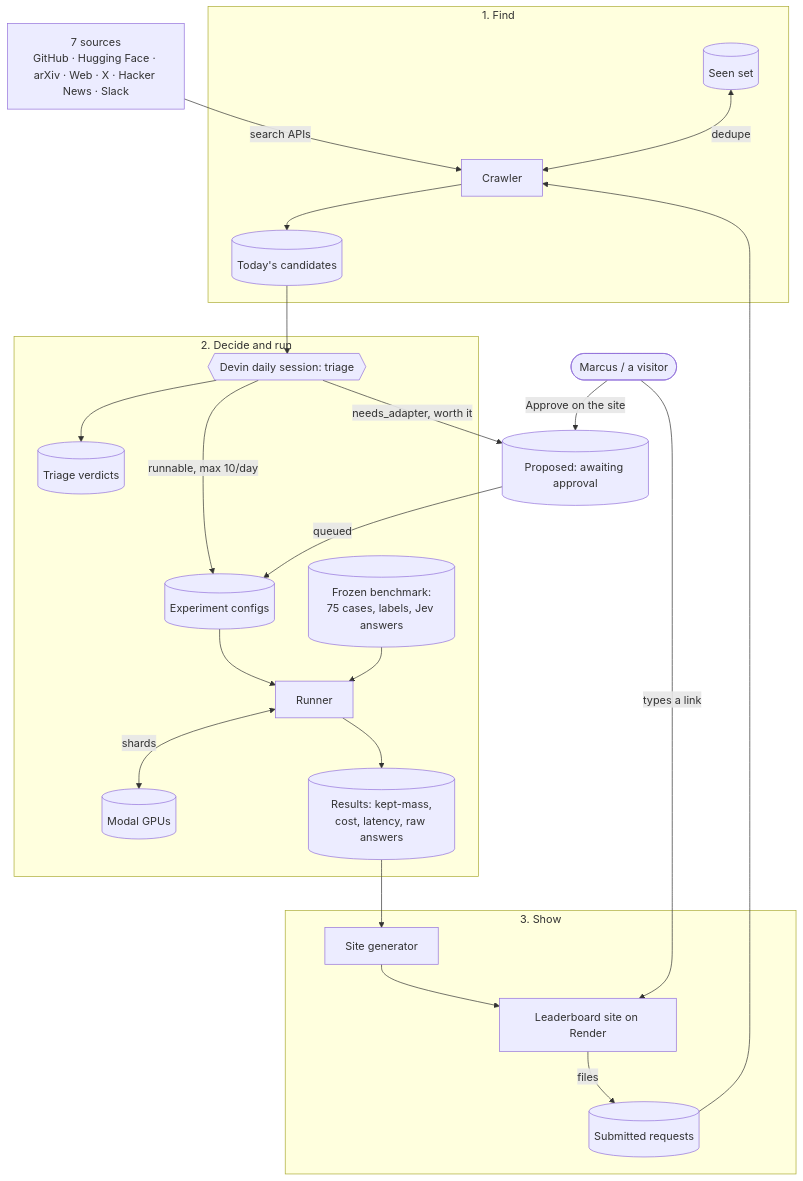
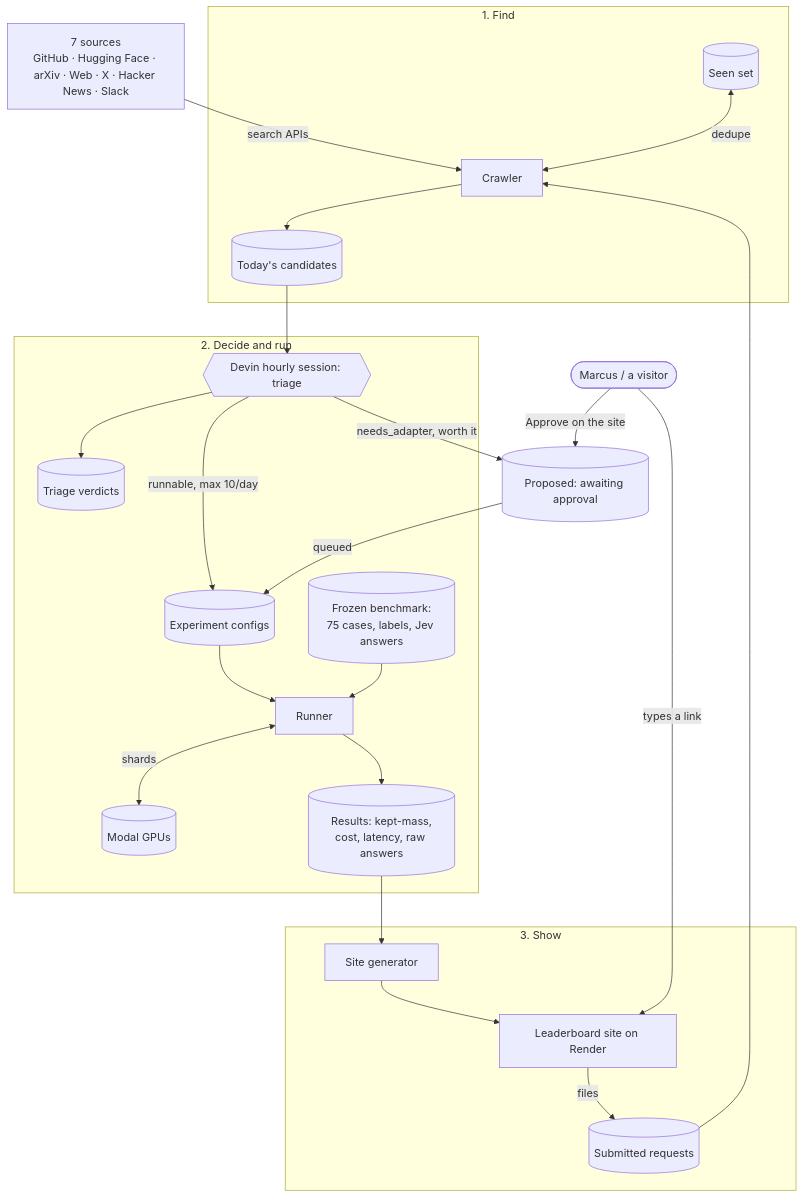
One commit to marcus-rox/jev-tracker changed the first of 3 diagrams in README.md. Above: the diagram before and after it, drawn with Mermaid. The commit also changed other lines of this file and 12 other files, not shown here.

````diff
--- a/README.md
+++ b/README.md
@@ -31,36 +31,36 @@
 ```mermaid
 flowchart TB
   SRC["7 sources<br/>GitHub · Hugging Face · arXiv · Web · X · Hacker News · Slack"]
   USER([Marcus / a visitor])
   subgraph Find["1. Find"]
     CRAWL[Crawler]
     SEEN[(Seen set)]
     CAND[(Today's candidates)]
   end
   subgraph Decide["2. Decide and run"]
-    DEVIN{{Devin daily session: triage}}
+    DEVIN{{Devin hourly session: triage}}
     TRI[(Triage verdicts)]
     CFG[(Experiment configs)]
     RUN[Runner]
     MODAL[(Modal GPUs)]
     BENCH[(Frozen benchmark:<br/>75 cases, labels, Jev answers)]
     RES[(Results: kept-mass,<br/>cost, latency, raw answers)]
   end
   subgraph Show["3. Show"]
     GEN[Site generator]
     SITE[Leaderboard site on Render]
     REQ[(Submitted requests)]
   end
   SRC -->|search APIs| CRAWL
   SEEN <-->|dedupe| CRAWL
   REQ --> CRAWL
   CRAWL --> CAND --> DEVIN
   DEVIN --> TRI
   DEVIN -->|runnable, max 10/day| CFG --> RUN
   DEVIN -->|needs_adapter, worth it| PROP[(Proposed: awaiting approval)]
   USER -->|Approve on the site| PROP -->|queued| CFG
   BENCH --> RUN
   RUN <-->|shards| MODAL
   RUN --> RES --> GEN --> SITE
   USER -->|types a link| SITE -->|files| REQ
 ```
````
